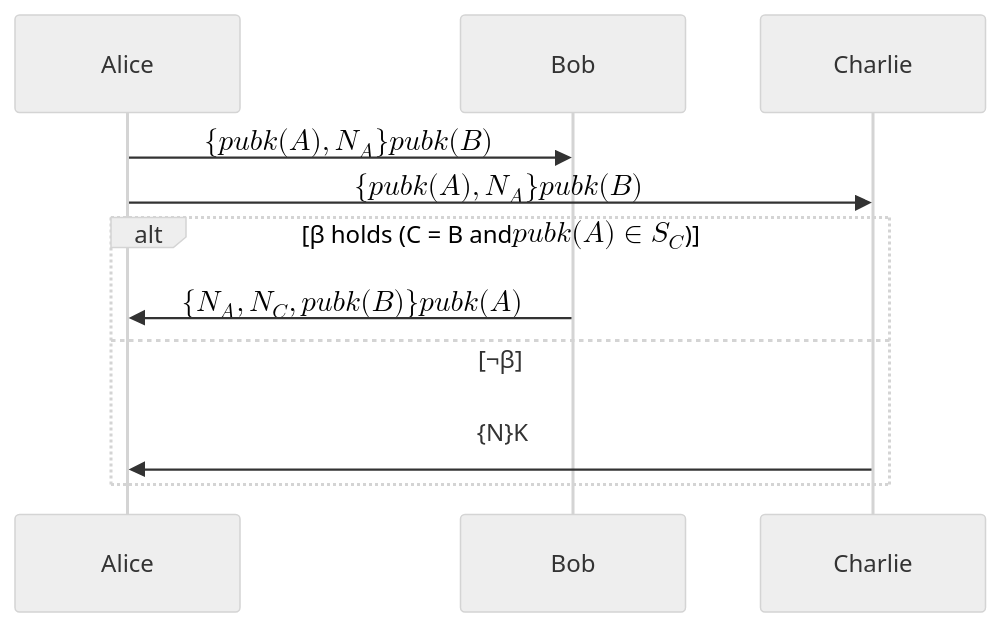
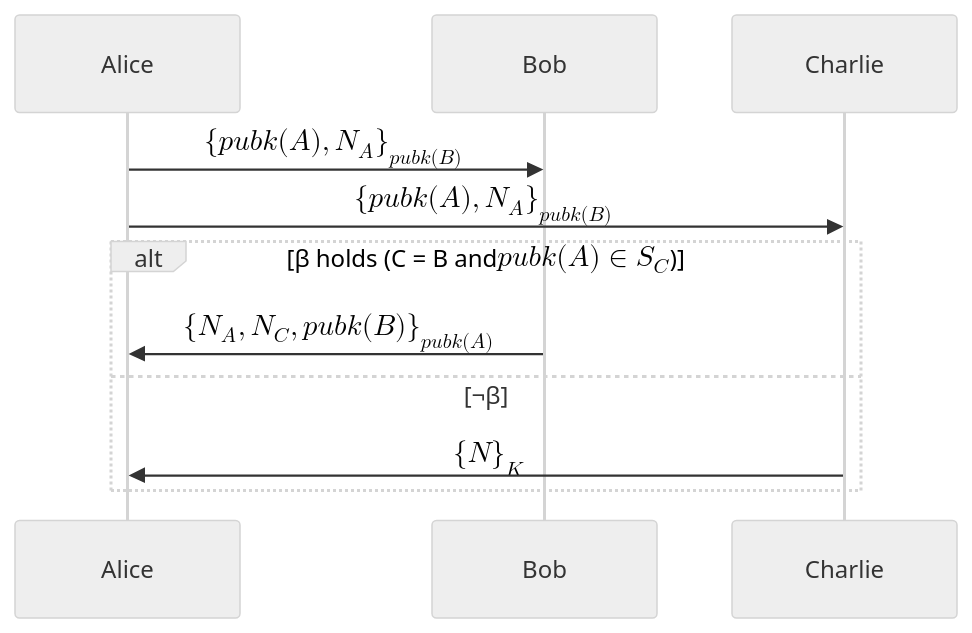
The first of 2 diagrams in src/main.md (ChihChengLiang/notes), drawn with Mermaid (neutral theme) before and after one commit. The commit also changed 1 other file, not shown here.

````diff
--- a/src/main.md
+++ b/src/main.md
@@ -16,15 +16,15 @@
 ```mermaid
 sequenceDiagram
     participant A as Alice
     participant B as Bob
     participant C as Charlie
 
-    A->>B: $$\{ pubk(A), N_A \}pubk(B)$$
-    A->>C: $$\{ pubk(A), N_A \}pubk(B)$$
+    A->>B: $$\{ pubk(A), N_A \}_{pubk(B)}$$
+    A->>C: $$\{ pubk(A), N_A \}_{pubk(B)}$$
 
     alt β holds (C = B and $$pubk(A) ∈ S_C$$)
-        B->>A: $$\{ N_A, N_C, pubk(B) \}pubk(A)$$
+        B->>A: $$\{ N_A, N_C, pubk(B) \}_{pubk(A)}$$
     else ¬β
-        C->>A: {N}K
+        C->>A: $$\{N\}_K$$
     end
 ```
````
